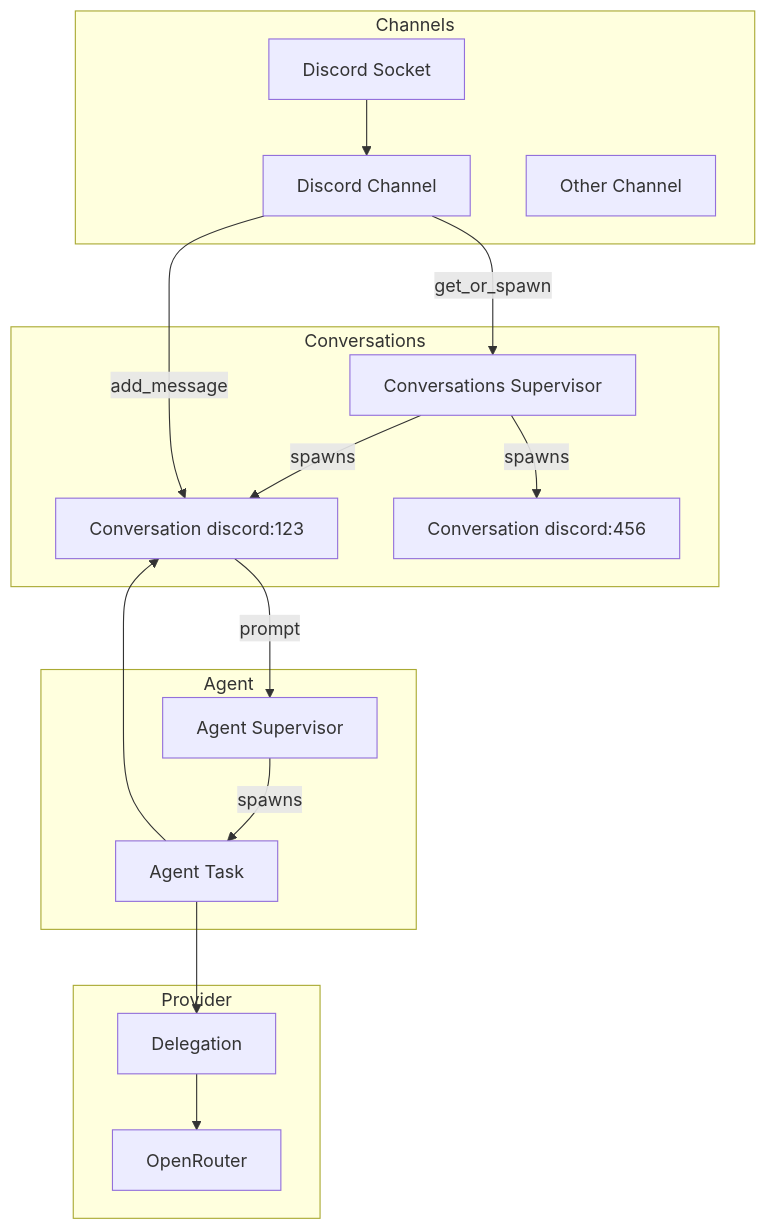
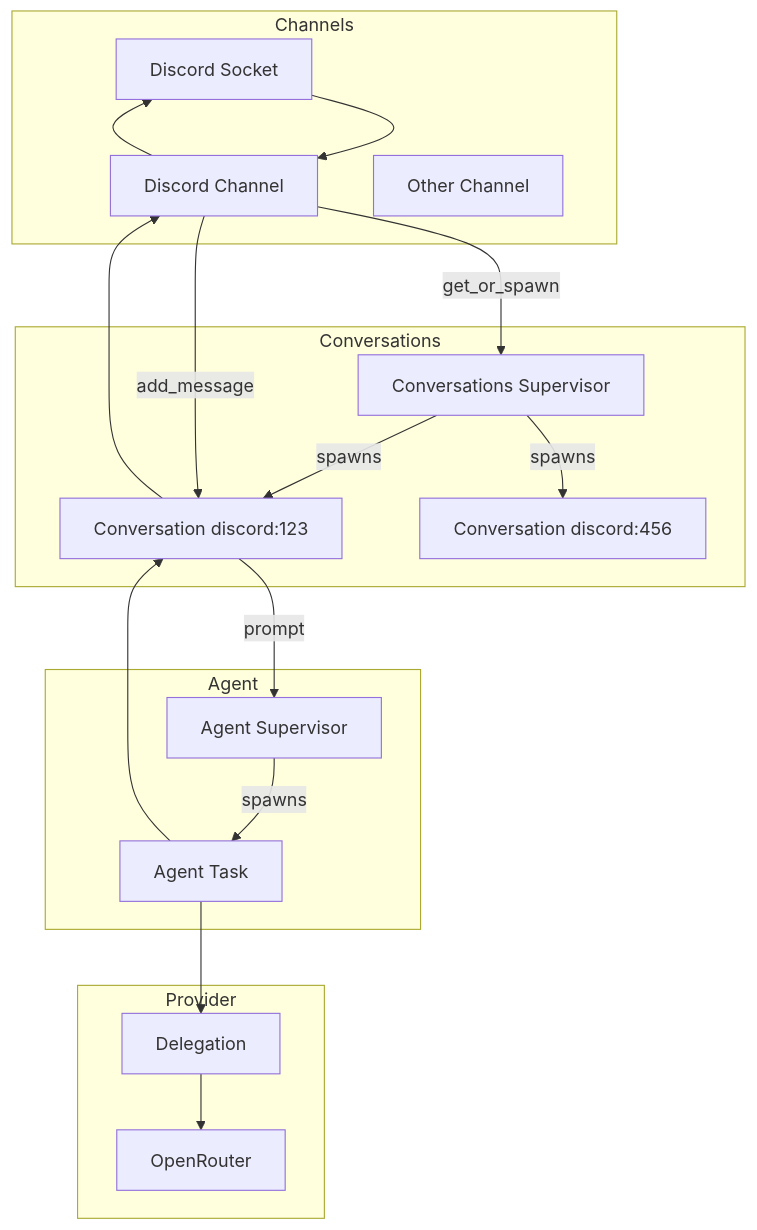
One commit to FloatingGhost/lobber changed the diagram in README.md. Above: the diagram before and after it, drawn with Mermaid.

Commit message:
fix upstream

````diff
--- a/README.md
+++ b/README.md
@@ -19,34 +19,36 @@
 ```mermaid
 graph TD
   subgraph Channels
         DS[Discord Socket] --> DC[Discord Channel]
         O[Other Channel]
-    end
-    
-    subgraph Conversations
-        DC -->|get_or_spawn| CONVS[Conversations Supervisor]
-        CONVS -->|spawns| C1[Conversation discord:123]
-        CONVS -->|spawns| C2[Conversation discord:456]
+  end
 
-        DC --> |add_message| C1
-    end
+  subgraph Conversations
+    DC -->|get_or_spawn| CONVS[Conversations Supervisor]
+    CONVS -->|spawns| C1[Conversation discord:123]
+    CONVS -->|spawns| C2[Conversation discord:456]
 
-    subgraph Agent
-        ASV[Agent Supervisor]
-        ASV --> |spawns|AT[Agent Task]
+    DC --> |add_message| C1
+    C1 --> DC
+    DC --> DS
+  end
 
-        AT --> C1
+  subgraph Agent
+    ASV[Agent Supervisor]
+    ASV --> |spawns|AT[Agent Task]
 
-        C1 --> |prompt| ASV
-    end
+    AT --> C1
 
-    subgraph Provider
-      DL[Delegation]
+    C1 --> |prompt| ASV
+  end
 
-      OR[OpenRouter]
+  subgraph Provider
+    DL[Delegation]
 
-      DL --> OR
-    end
+    OR[OpenRouter]
 
-    AT --> DL
+    DL --> OR
+  end
+
+  AT --> DL
 ```
````
